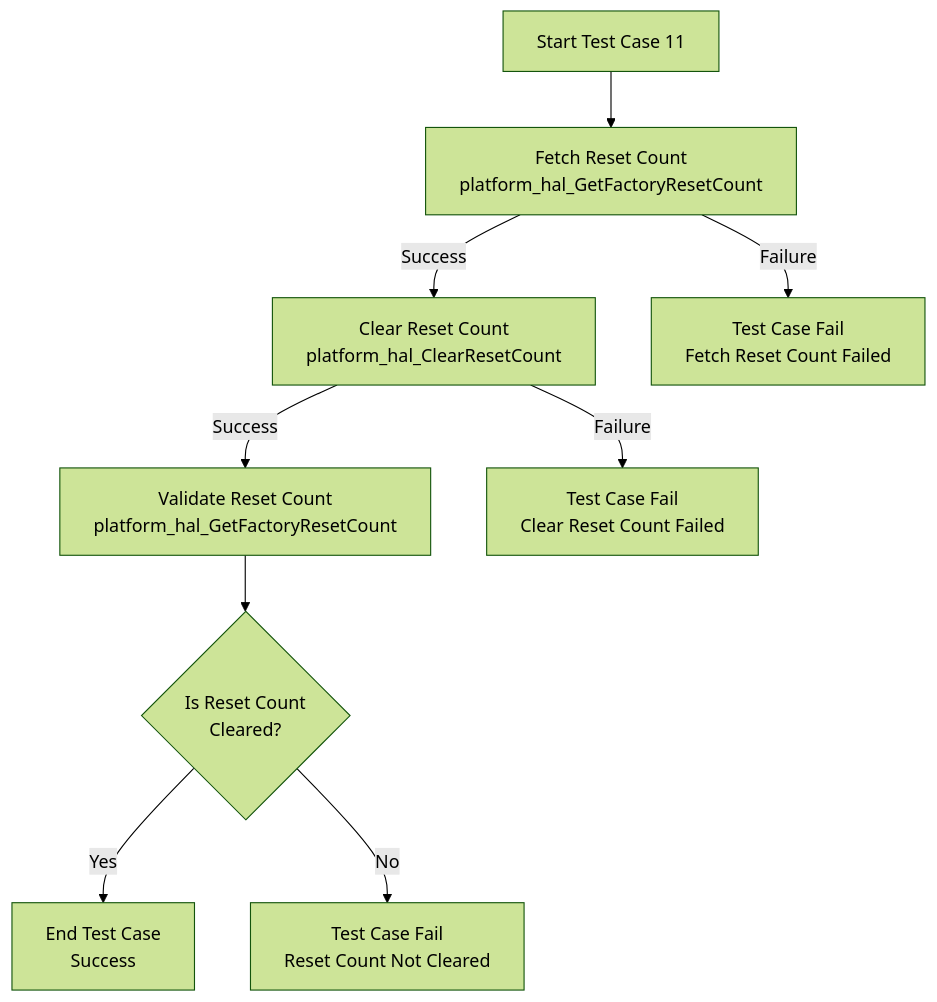
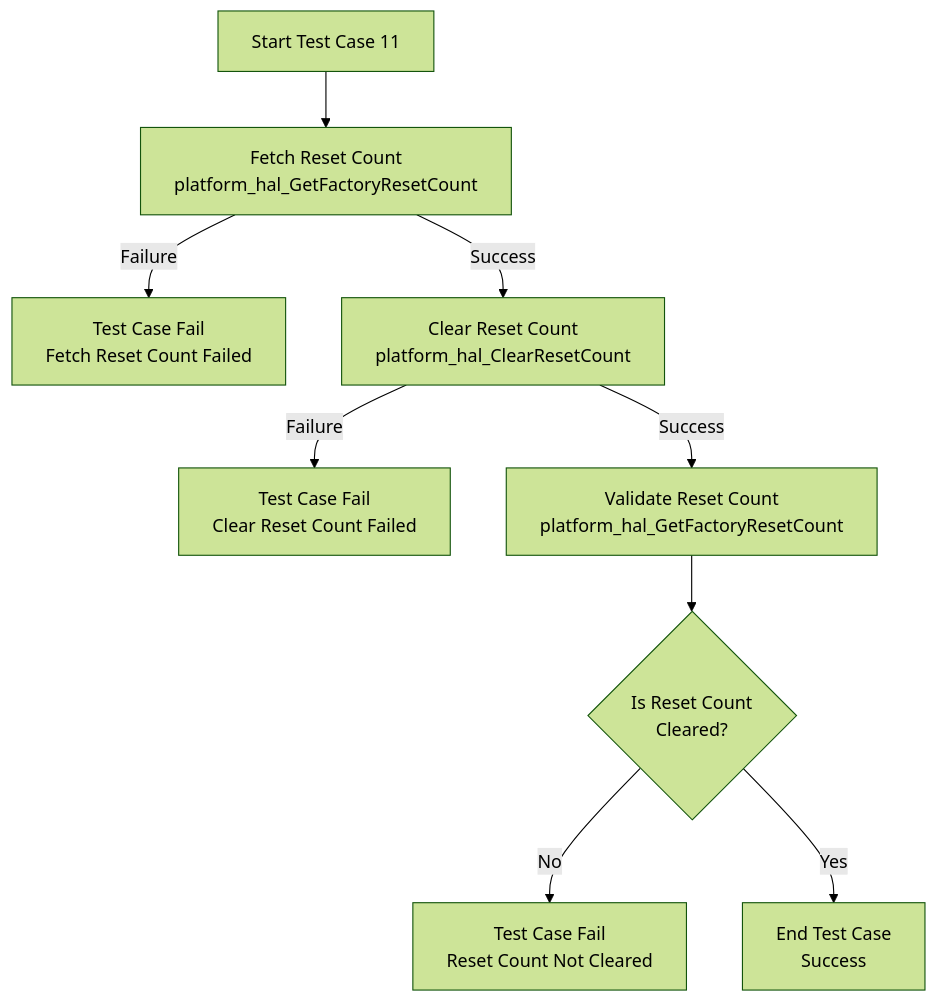
Diagram 11 of 14 in docs/pages/platform_hal_mermaid.md (rdkcentral/rdkb-halif-test-platform), drawn with Mermaid (forest theme) before and after one commit. The commit also changed other lines of this file, not shown here.

Commit message:
Develop platform hal L2 test suite Modified the mermaid file for L2 testcases

````diff
--- a/docs/pages/platform_hal_mermaid.md
+++ b/docs/pages/platform_hal_mermaid.md
@@ -149,11 +149,11 @@
 ```mermaid
 flowchart TD
     A[Start Test Case 11] --> B[Fetch Reset Count<br>platform_hal_GetFactoryResetCount]
+    B -->|Failure| X[Test Case Fail<br>Fetch Reset Count Failed]
     B -->|Success| C[Clear Reset Count<br>platform_hal_ClearResetCount]
-    B -->|Failure| X[Test Case Fail<br>Fetch Reset Count Failed]
+    C -->|Failure| Y[Test Case Fail<br>Clear Reset Count Failed]
     C -->|Success| D[Validate Reset Count<br>platform_hal_GetFactoryResetCount]
-    C -->|Failure| Y[Test Case Fail<br>Clear Reset Count Failed]
     D --> E{Is Reset Count <br> Cleared?}
+    E -->|No| G[Test Case Fail<br>Reset Count Not Cleared]	
     E -->|Yes| F[End Test Case<br>Success]
-    E -->|No| G[Test Case Fail<br>Reset Count Not Cleared]
 ```
````
